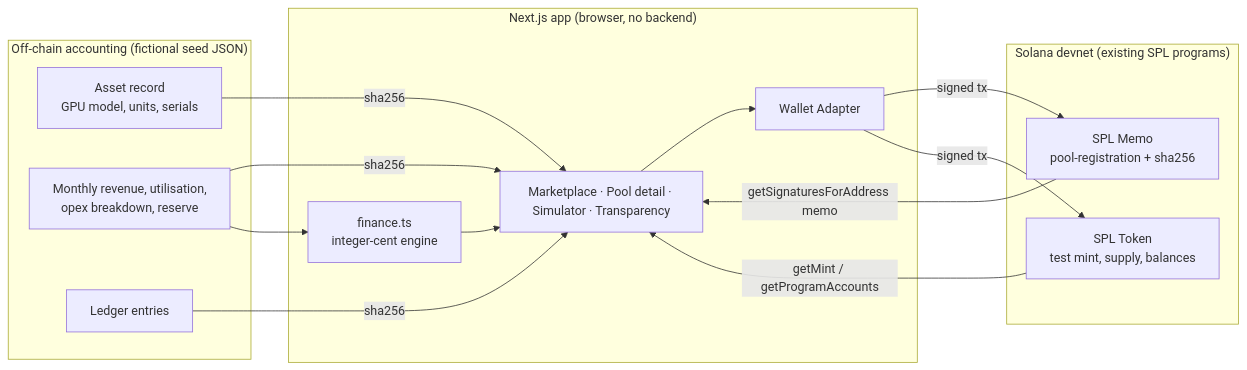
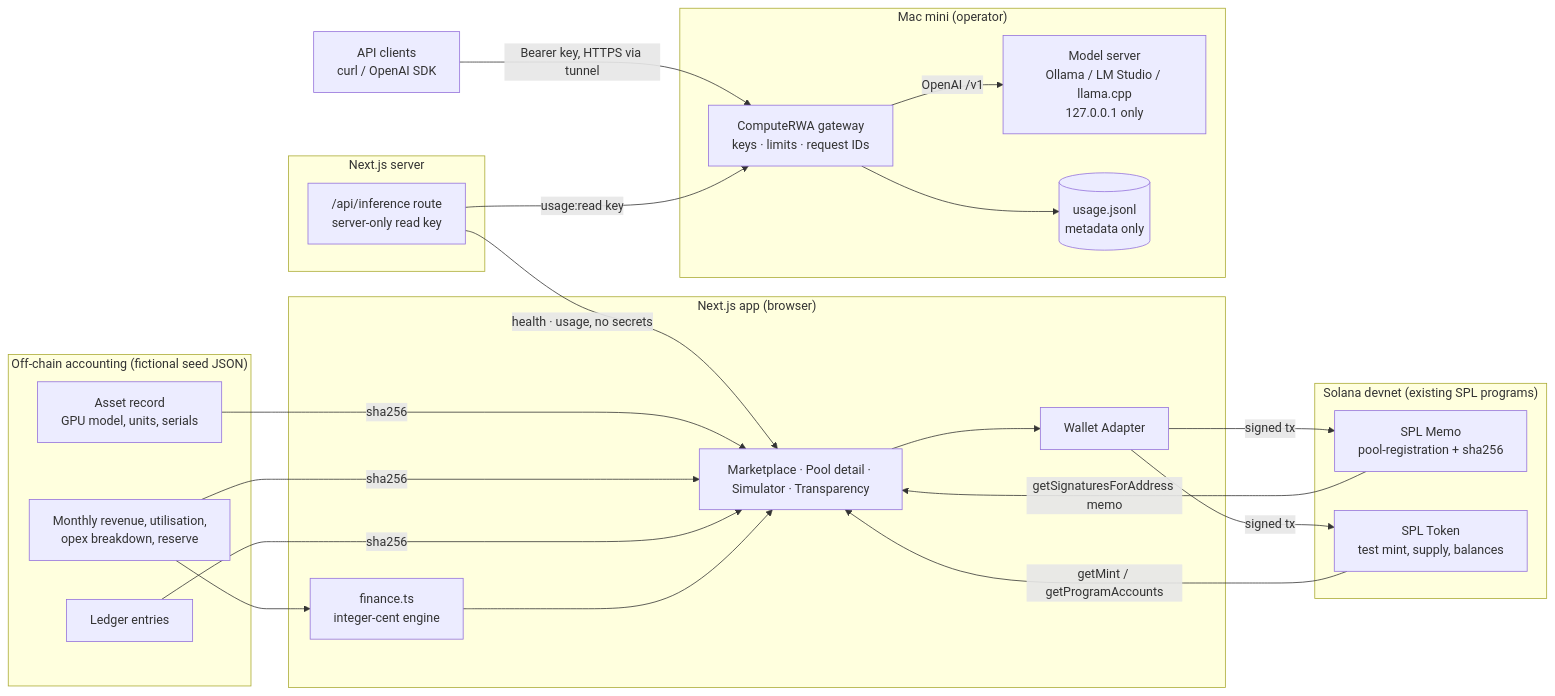
The diagram in computerwa/README.md (kaushikc44/kaushikjob), drawn with Mermaid before and after one commit. The commit also changed other lines of this file and 33 other files, not shown here.

First line of the commit message:
Add live inference gateway and dashboard integration

````diff
--- a/computerwa/README.md
+++ b/computerwa/README.md
@@ -58,22 +71,35 @@
 ```mermaid
 flowchart LR
   subgraph OffChain["Off-chain accounting (fictional seed JSON)"]
     A[Asset record<br/>GPU model, units, serials]
     B[Monthly revenue, utilisation,<br/>opex breakdown, reserve]
     C[Ledger entries]
   end
-  subgraph App["Next.js app (browser, no backend)"]
+  subgraph App["Next.js app (browser)"]
     F[finance.ts<br/>integer-cent engine]
     UI[Marketplace · Pool detail · Simulator · Transparency]
     W[Wallet Adapter]
   end
+  subgraph Mac["Mac mini (operator)"]
+    O[Model server<br/>Ollama / LM Studio / llama.cpp<br/>127.0.0.1 only]
+    G[ComputeRWA gateway<br/>keys · limits · request IDs]
+    L[(usage.jsonl<br/>metadata only)]
+  end
+  subgraph Server["Next.js server"]
+    API["/api/inference route<br/>server-only read key"]
+  end
+  Client[API clients<br/>curl / OpenAI SDK] -->|Bearer key, HTTPS via tunnel| G
+  G -->|OpenAI /v1| O
+  G --> L
+  API -->|usage:read key| G
+  API -->|health · usage, no secrets| UI
   subgraph Chain["Solana devnet (existing SPL programs)"]
     M[SPL Memo<br/>pool-registration + sha256]
     T[SPL Token<br/>test mint, supply, balances]
   end
   A & B & C -->|sha256| UI
   B --> F --> UI
   UI --> W -->|signed tx| M & T
   T -->|getMint / getProgramAccounts| UI
   M -->|getSignaturesForAddress memo| UI
 ```
````
